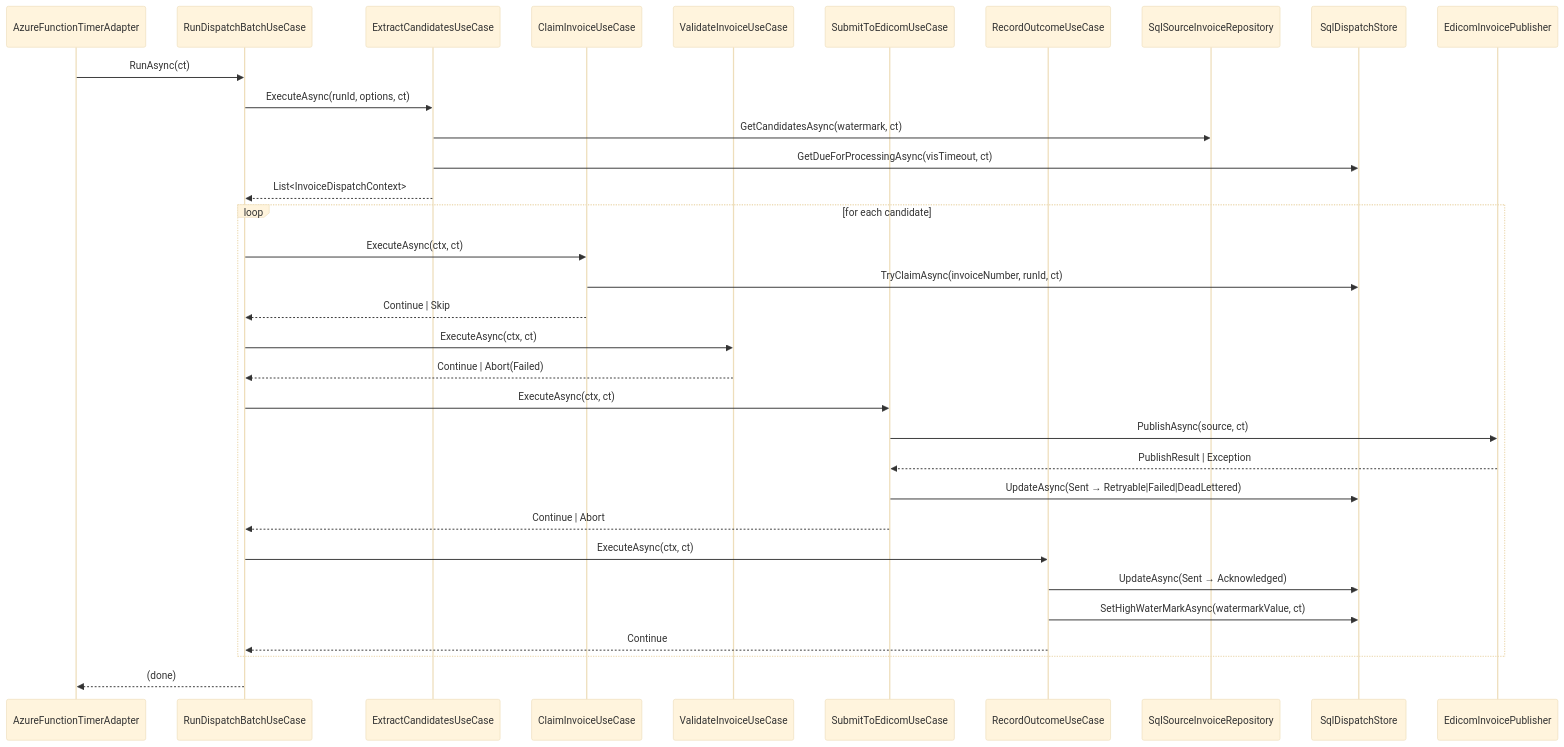
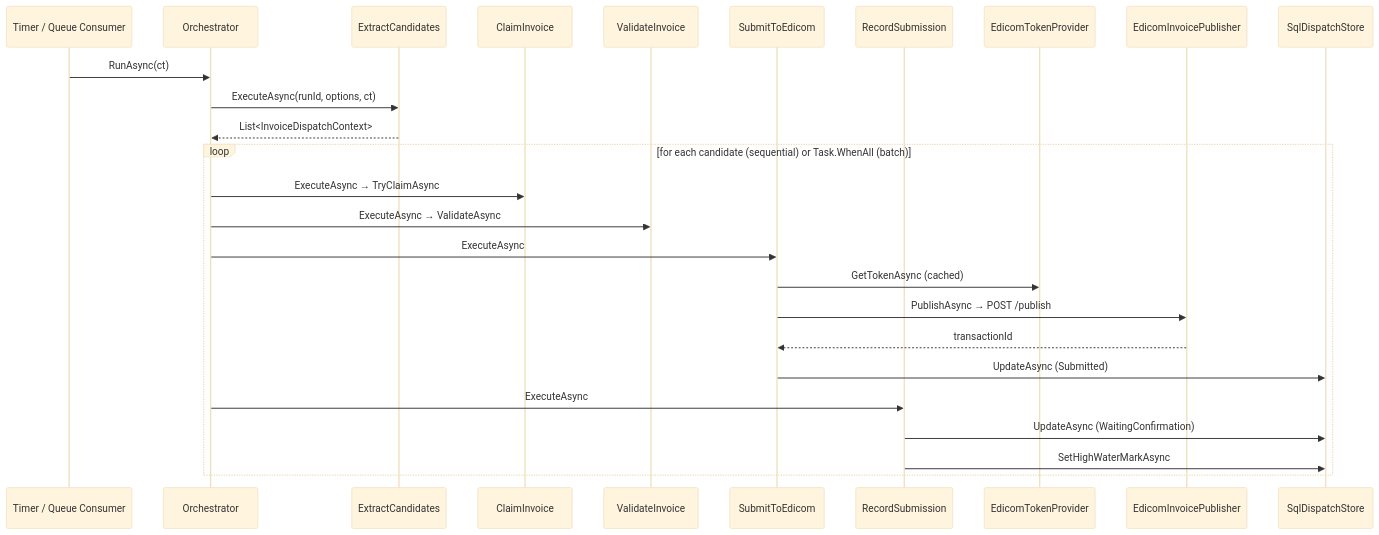
The first of 3 diagrams in InvoiceIntegrator/DESIGN-Invoice-Integration-Service.md (ctorresunimag95/Designs), drawn with Mermaid (base theme) before and after one commit. The commit also changed other lines of this file and 1 other file, not shown here.

Commit message:
update arch options

````diff
--- a/InvoiceIntegrator/DESIGN-Invoice-Integration-Service.md
+++ b/InvoiceIntegrator/DESIGN-Invoice-Integration-Service.md
@@ -768,41 +601,30 @@
 ```mermaid
 sequenceDiagram
-    participant FN  as AzureFunctionTimerAdapter
-    participant ORC as RunDispatchBatchUseCase
-    participant EXT as ExtractCandidatesUseCase
-    participant CLM as ClaimInvoiceUseCase
-    participant VAL as ValidateInvoiceUseCase
-    participant SUB as SubmitToEdicomUseCase
-    participant REC as RecordOutcomeUseCase
-    participant SRC as SqlSourceInvoiceRepository
-    participant DS  as SqlDispatchStore
-    participant EP  as EdicomInvoicePublisher
+    participant TRIG as Timer / Queue Consumer
+    participant ORC  as Orchestrator
+    participant EXT  as ExtractCandidates
+    participant CLM  as ClaimInvoice
+    participant VAL  as ValidateInvoice
+    participant SUB  as SubmitToEdicom
+    participant REC  as RecordSubmission
+    participant TOK  as EdicomTokenProvider
+    participant EP   as EdicomInvoicePublisher
+    participant DS   as SqlDispatchStore
 
-    FN  ->> ORC: RunAsync(ct)
-    ORC ->> EXT: ExecuteAsync(runId, options, ct)
-    EXT ->> SRC: GetCandidatesAsync(watermark, ct)
-    EXT ->> DS:  GetDueForProcessingAsync(visTimeout, ct)
-    EXT -->> ORC: List<InvoiceDispatchContext>
+    TRIG ->> ORC: RunAsync(ct)
+    ORC  ->> EXT: ExecuteAsync(runId, options, ct)
+    EXT  -->> ORC: List<InvoiceDispatchContext>
 
-    loop for each candidate
-        ORC ->> CLM: ExecuteAsync(ctx, ct)
-        CLM ->> DS:  TryClaimAsync(invoiceNumber, runId, ct)
-        CLM -->> ORC: Continue | Skip
-
-        ORC ->> VAL: ExecuteAsync(ctx, ct)
-        VAL -->> ORC: Continue | Abort(Failed)
-
-        ORC ->> SUB: ExecuteAsync(ctx, ct)
-        SUB ->> EP:  PublishAsync(source, ct)
-        EP  -->> SUB: PublishResult | Exception
-        SUB ->> DS:  UpdateAsync(Sent → Retryable|Failed|DeadLettered)
-        SUB -->> ORC: Continue | Abort
-
-        ORC ->> REC: ExecuteAsync(ctx, ct)
-        REC ->> DS:  UpdateAsync(Sent → Acknowledged)
-        REC ->> DS:  SetHighWaterMarkAsync(watermarkValue, ct)
-        REC -->> ORC: Continue
+    loop for each candidate (sequential) or Task.WhenAll (batch)
+        ORC ->> CLM: ExecuteAsync → TryClaimAsync
+        ORC ->> VAL: ExecuteAsync → ValidateAsync
+        ORC ->> SUB: ExecuteAsync
+        SUB ->> TOK: GetTokenAsync (cached)
+        SUB ->> EP:  PublishAsync → POST /publish
+        EP  -->> SUB: transactionId
+        SUB ->> DS:  UpdateAsync (Submitted)
+        ORC ->> REC: ExecuteAsync
+        REC ->> DS:  UpdateAsync (WaitingConfirmation)
+        REC ->> DS:  SetHighWaterMarkAsync
     end
-
-    ORC -->> FN: (done)
 ```
````
